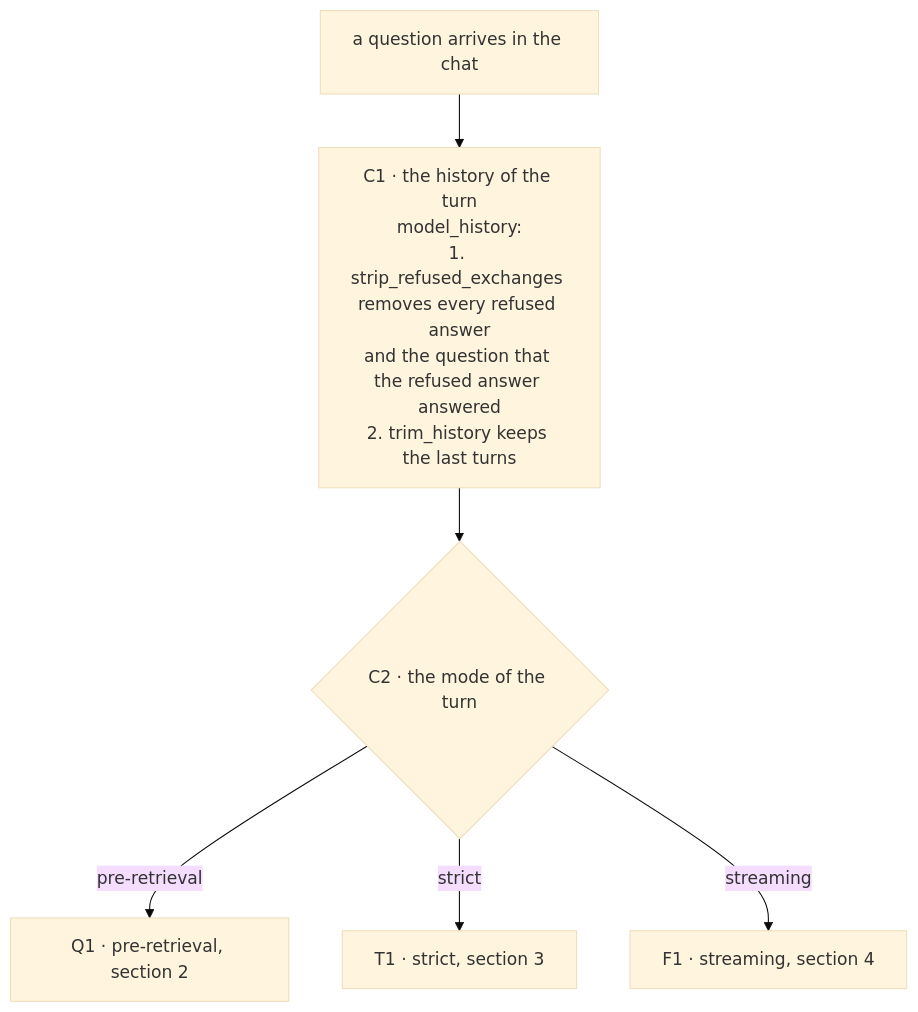
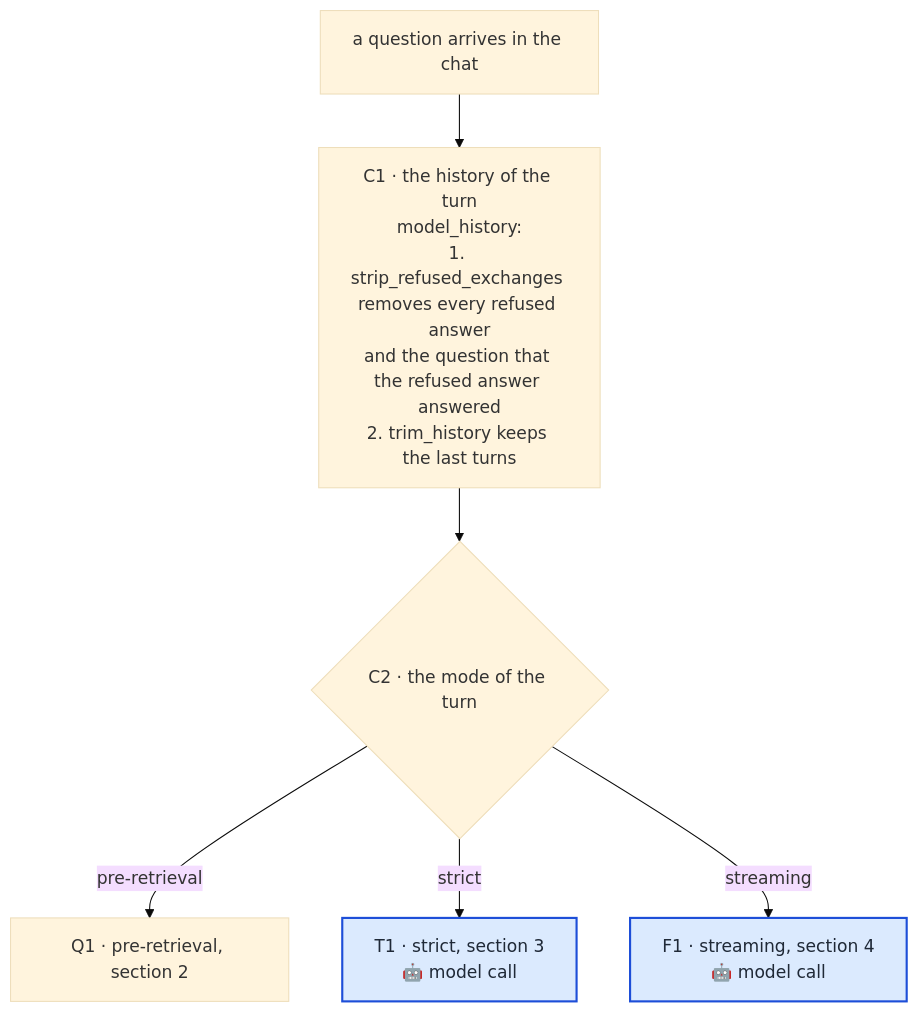
One commit to Clod/llmwiki-marimo changed the first of 4 diagrams in docs/query_nodes.md. Above: the diagram before and after it, drawn with Mermaid (base theme). The commit also changed other lines of this file and 5 other files, not shown here.

First line of the commit message:
fix(web): audit diagram labels, audit chat, wiki id that changes folder

````diff
--- a/docs/query_nodes.md
+++ b/docs/query_nodes.md
@@ -59,13 +62,15 @@
 ```mermaid
 flowchart TD
     Q0["a question arrives in the chat"]
     C1["C1 · the history of the turn<br/>model_history:<br/>1. strip_refused_exchanges removes every refused answer<br/>and the question that the refused answer answered<br/>2. trim_history keeps the last turns"]
     C2{"C2 · the mode of the turn"}
     P["Q1 · pre-retrieval, section 2"]
-    S["T1 · strict, section 3"]
-    F["F1 · streaming, section 4"]
+    S["T1 · strict, section 3<br/>🤖 model call"]
+    F["F1 · streaming, section 4<br/>🤖 model call"]
     Q0 --> C1 --> C2
     C2 -->|pre-retrieval| P
     C2 -->|strict| S
     C2 -->|streaming| F
+    classDef llm fill:#dbeafe,stroke:#1d4ed8,stroke-width:2px,color:#1f2937
+    class S,F llm
 ```
````
